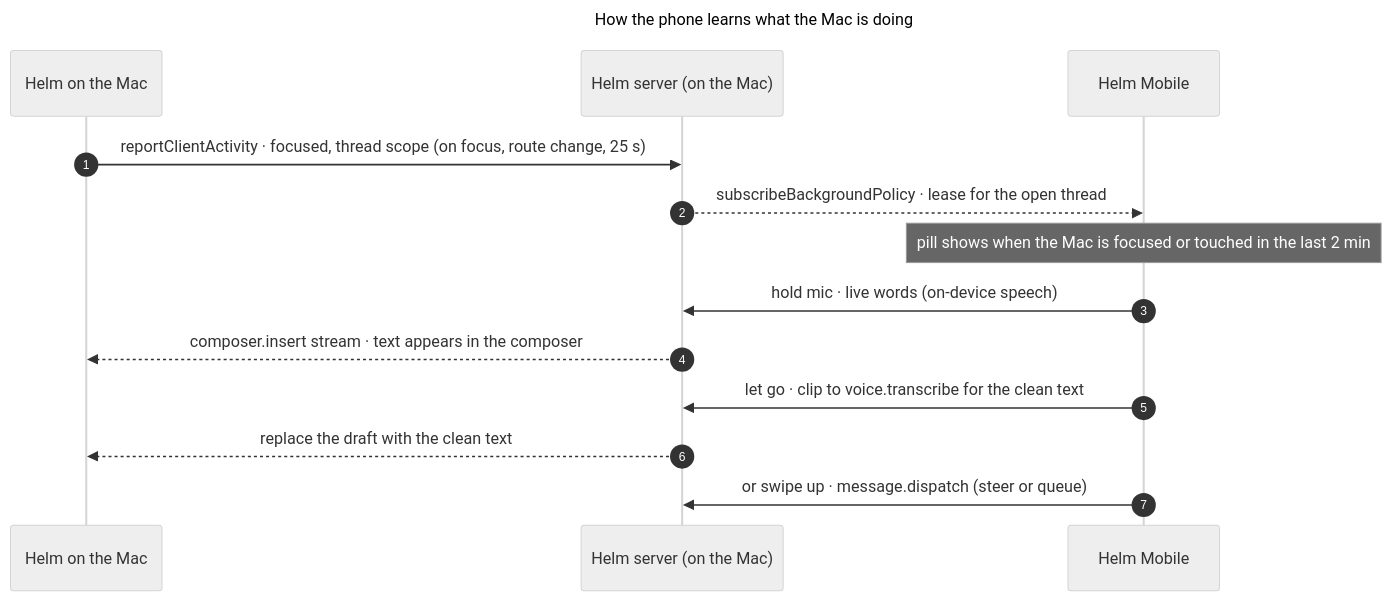
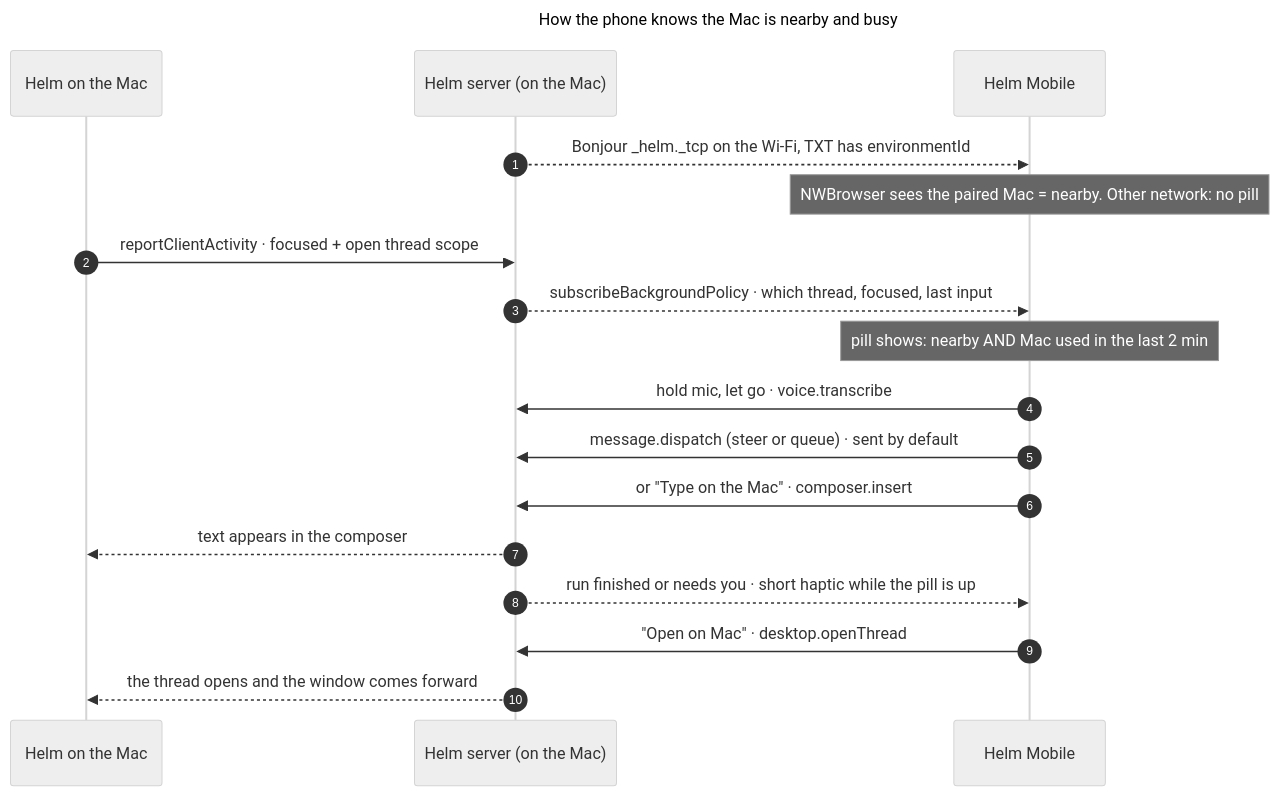
The diagram in docs/design/canvas/mac-remote/0-flow.mmd (SketchPiece/helm-mobile), drawn with Mermaid (neutral theme) before and after one commit. The commit also changed 14 other files, not shown here.

Commit message:
Design: Mac remote, round 2 — sends by default, three ways to switch, screenshot, Open on Mac, nearby over Bonjour

```diff
--- a/docs/design/canvas/mac-remote/0-flow.mmd
+++ b/docs/design/canvas/mac-remote/0-flow.mmd
@@ -1,17 +1,21 @@
 ---
-title: How the phone learns what the Mac is doing
-board: 1500x860
+title: How the phone knows the Mac is nearby and busy
+board: 1500x900
 ---
 sequenceDiagram
   autonumber
   participant Mac as Helm on the Mac
   participant Srv as Helm server (on the Mac)
   participant Ph as Helm Mobile
-  Mac->>Srv: reportClientActivity · focused, thread scope (on focus, route change, 25 s)
-  Srv-->>Ph: subscribeBackgroundPolicy · lease for the open thread
-  Note over Ph: pill shows when the Mac is focused or touched in the last 2 min
-  Ph->>Srv: hold mic · live words (on-device speech)
-  Srv-->>Mac: composer.insert stream · text appears in the composer
-  Ph->>Srv: let go · clip to voice.transcribe for the clean text
-  Srv-->>Mac: replace the draft with the clean text
-  Ph->>Srv: or swipe up · message.dispatch (steer or queue)
+  Srv-->>Ph: Bonjour _helm._tcp on the Wi-Fi, TXT has environmentId
+  Note over Ph: NWBrowser sees the paired Mac = nearby. Other network: no pill
+  Mac->>Srv: reportClientActivity · focused + open thread scope
+  Srv-->>Ph: subscribeBackgroundPolicy · which thread, focused, last input
+  Note over Ph: pill shows: nearby AND Mac used in the last 2 min
+  Ph->>Srv: hold mic, let go · voice.transcribe
+  Ph->>Srv: message.dispatch (steer or queue) · sent by default
+  Ph->>Srv: or "Type on the Mac" · composer.insert
+  Srv-->>Mac: text appears in the composer
+  Srv-->>Ph: run finished or needs you · short haptic while the pill is up
+  Ph->>Srv: "Open on Mac" · desktop.openThread
+  Srv-->>Mac: the thread opens and the window comes forward
```
